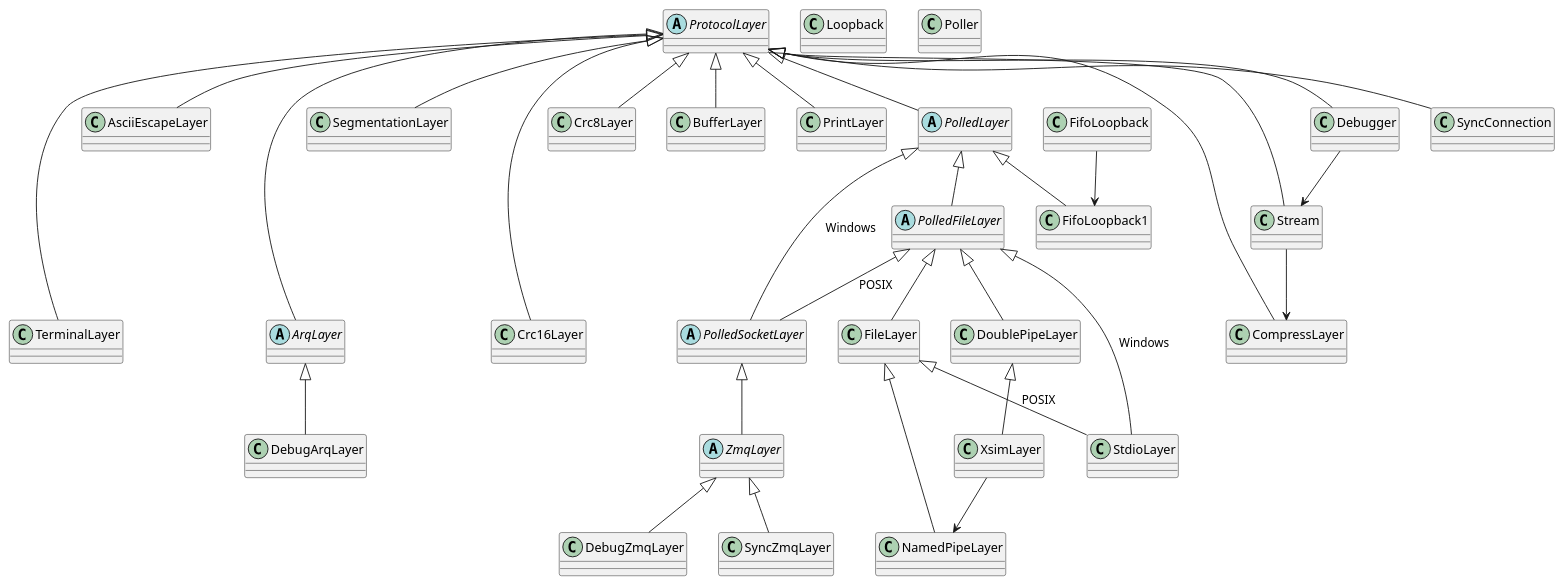
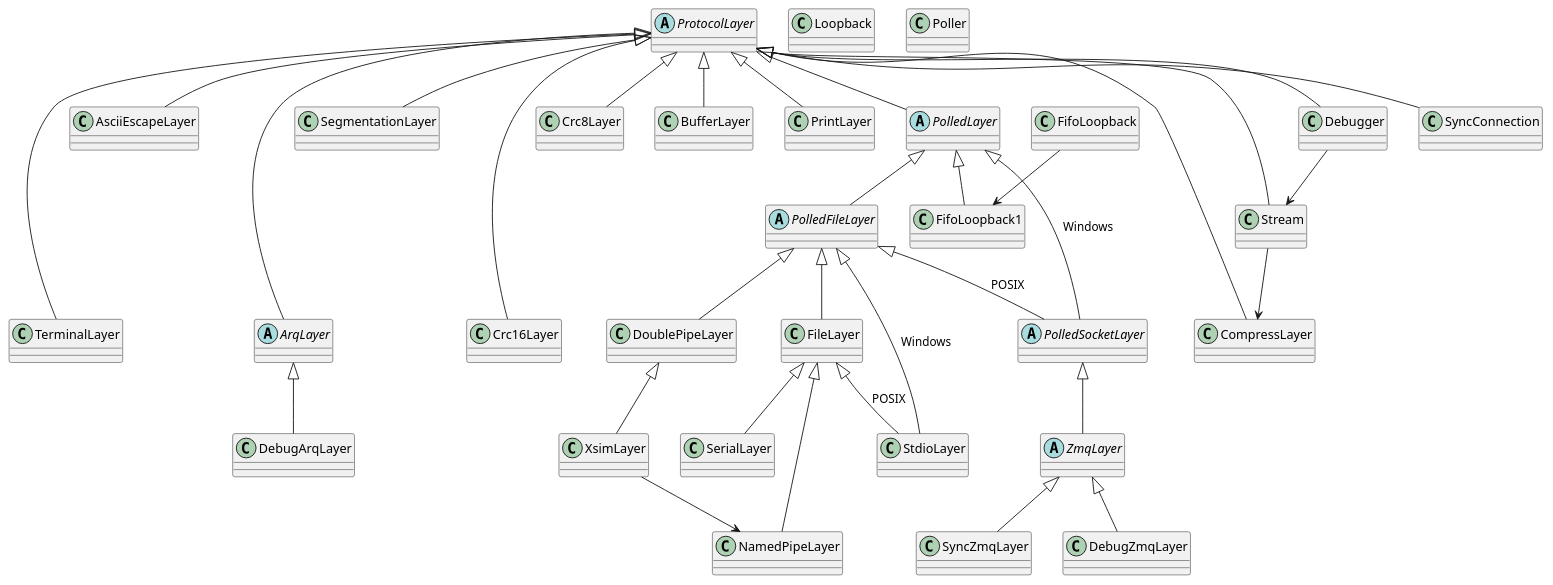
One commit to DEMCON/libstored changed the diagram in sphinx/doc/cpp_protocol.rst. Above: the diagram before and after it, drawn with PlantUML. The commit also changed other lines of this file and 2 other files, not shown here.

Commit message:
add SerialLayer

```diff
--- a/sphinx/doc/cpp_protocol.rst
+++ b/sphinx/doc/cpp_protocol.rst
@@ -70,49 +70,50 @@
 .. uml::
 
    abstract ProtocolLayer
    ProtocolLayer <|-- AsciiEscapeLayer
    ProtocolLayer <|-- TerminalLayer
    AsciiEscapeLayer -[hidden]--> TerminalLayer
    ProtocolLayer <|-- SegmentationLayer
    ProtocolLayer <|-- Crc8Layer
    ProtocolLayer <|-- Crc16Layer
    Crc8Layer -[hidden]--> Crc16Layer
    ProtocolLayer <|-- BufferLayer
    ProtocolLayer <|-- PrintLayer
 
    abstract ArqLayer
    SegmentationLayer -[hidden]--> ArqLayer
    ProtocolLayer <|-- ArqLayer
    ArqLayer <|-- DebugArqLayer
 
    abstract PolledLayer
    abstract PolledFileLayer
    abstract PolledSocketLayer
    ProtocolLayer <|-- PolledLayer
    PolledLayer <|-- PolledFileLayer
    PolledFileLayer <|-- FileLayer
    FileLayer <|-- NamedPipeLayer
    PolledFileLayer <|-- DoublePipeLayer
    DoublePipeLayer <|-- XsimLayer
    XsimLayer --> NamedPipeLayer
    PolledLayer <|-- PolledSocketLayer : Windows
    PolledFileLayer <|-- PolledSocketLayer : POSIX
    PolledFileLayer <|-- StdioLayer : Windows
    FileLayer <|-- StdioLayer : POSIX
    ProtocolLayer <|-- CompressLayer
    PolledLayer <|-- FifoLoopback1
+   FileLayer <|-- SerialLayer
 
    ProtocolLayer <|-- Stream
    Debugger --> Stream
    Stream --> CompressLayer
    ProtocolLayer <|-- Debugger
    ProtocolLayer <|-- SyncConnection
 
    abstract ZmqLayer
    PolledSocketLayer <|-- ZmqLayer
    ZmqLayer <|-- DebugZmqLayer
    ZmqLayer <|-- SyncZmqLayer
 
    class Loopback
    class Poller
    FifoLoopback --> FifoLoopback1
```
